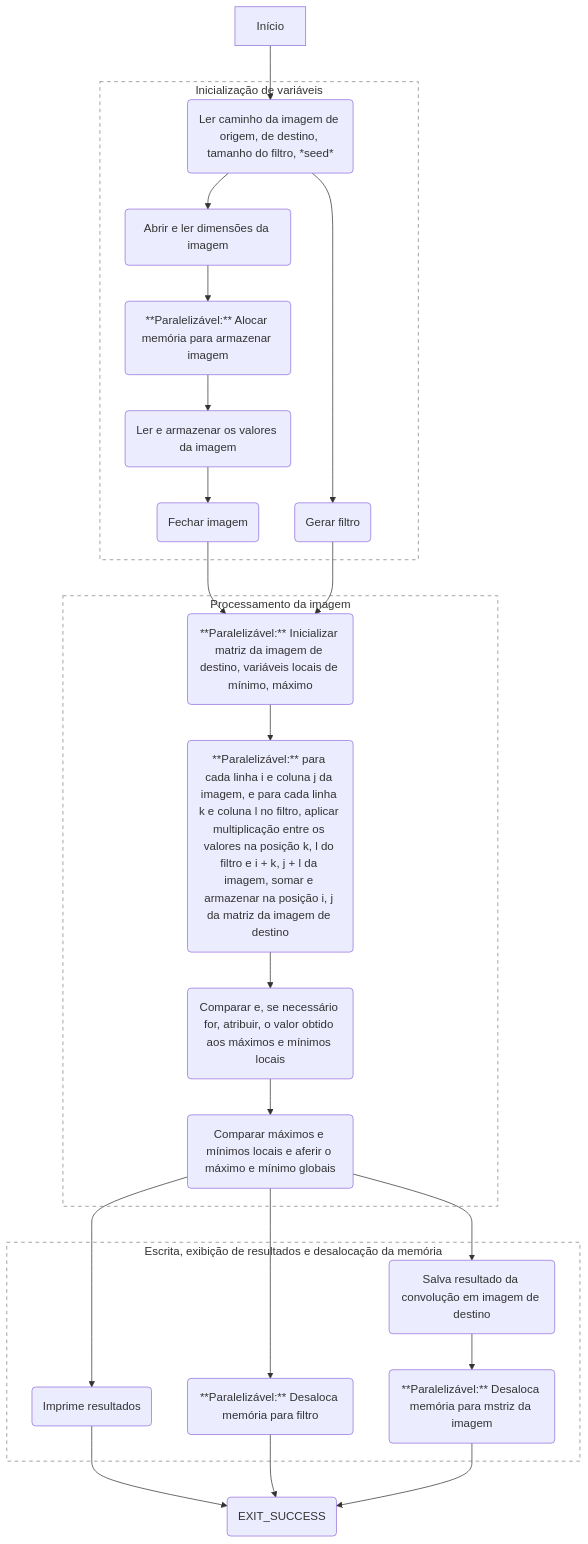
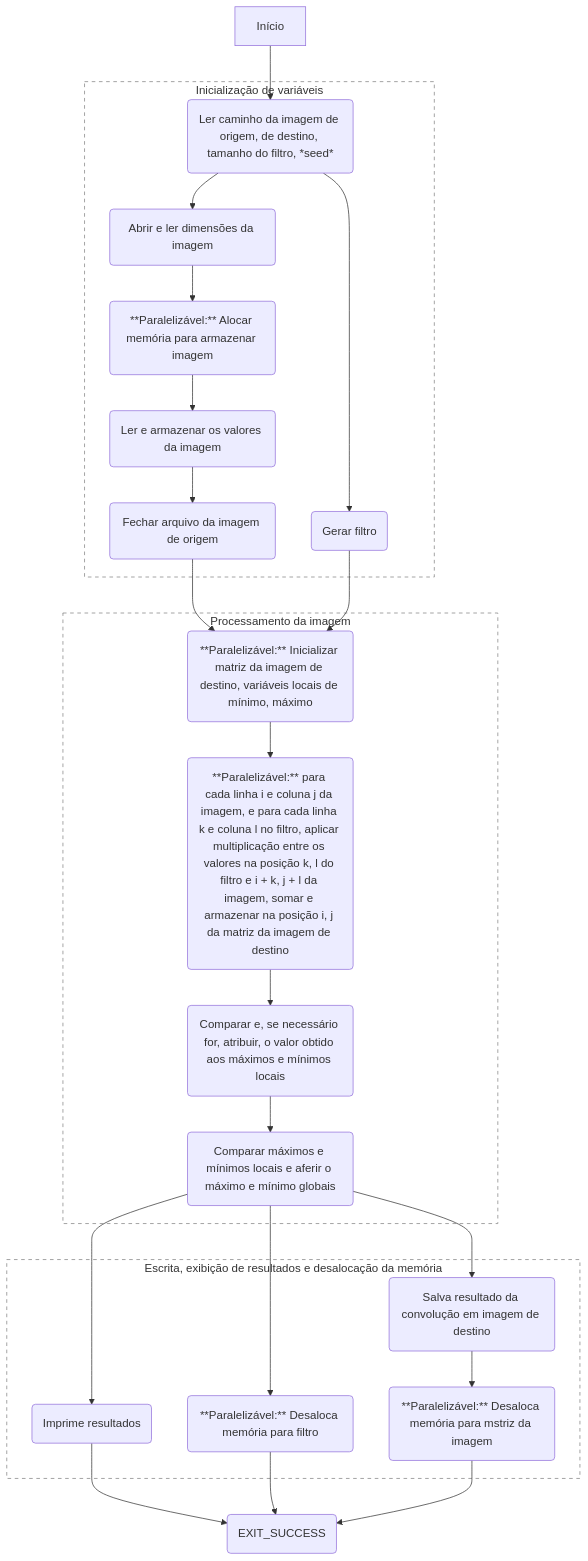
The diagram in trabalho_1/README.md (de-abreu/alto_desempenho), drawn with Mermaid before and after one commit. The commit also changed other lines of this file and 1 other file, not shown here.

````diff
--- a/trabalho_1/README.md
+++ b/trabalho_1/README.md
@@ -23,34 +23,34 @@
 ```mermaid
 flowchart TD
     start[Início] --> A1(Ler caminho da imagem de origem, de destino, tamanho do filtro, *seed* )
     subgraph r1 [Inicialização de variáveis]
         style r1 stroke-dasharray: 5, 5, fill:none, stroke: grey
 
         A1 --> B1(Abrir e ler dimensões da imagem)
         A1 --> A2(Gerar filtro)
         B1 --> B2(**Paralelizável:** Alocar memória para armazenar imagem)
         B2 --> B3(Ler e armazenar os valores da imagem)
-        B3 --> B4(Fechar imagem)
+        B3 --> B4(Fechar arquivo da imagem de origem)
 
     end
     subgraph r2 [Processamento da imagem]
         style r2 stroke-dasharray: 5, 5, fill:none, stroke: grey
 
         B4 --> C1(**Paralelizável:** Inicializar matriz da imagem de destino, variáveis locais de mínimo, máximo)
         A2 --> C1
         C1 --> C2(**Paralelizável:** para cada linha i e coluna j da imagem, e para cada linha k e coluna l no filtro, aplicar multiplicação entre os valores na posição k, l do filtro e i + k, j + l da imagem, somar e armazenar na posição i, j da matriz da imagem de destino)
         C2 --> C3(Comparar e, se necessário for, atribuir, o valor obtido aos máximos e mínimos locais)
         C3 --> C4(Comparar máximos e mínimos locais e aferir o máximo e mínimo globais)
     end
     subgraph r3 [Escrita, exibição de resultados e desalocação da memória]
         style r3 stroke-dasharray: 5, 5, fill:none, stroke: grey
         C4 --> D1(Imprime resultados)
         C4 --> D2(**Paralelizável:** Desaloca memória para filtro)
         C4 --> D3(Salva resultado da convolução em imagem de destino)
         D3 --> D4(**Paralelizável:** Desaloca memória para mstriz da imagem)
     end
 
     D1 --> EXIT(EXIT_SUCCESS)
     D2 --> EXIT
     D4 --> EXIT
 ```
````
